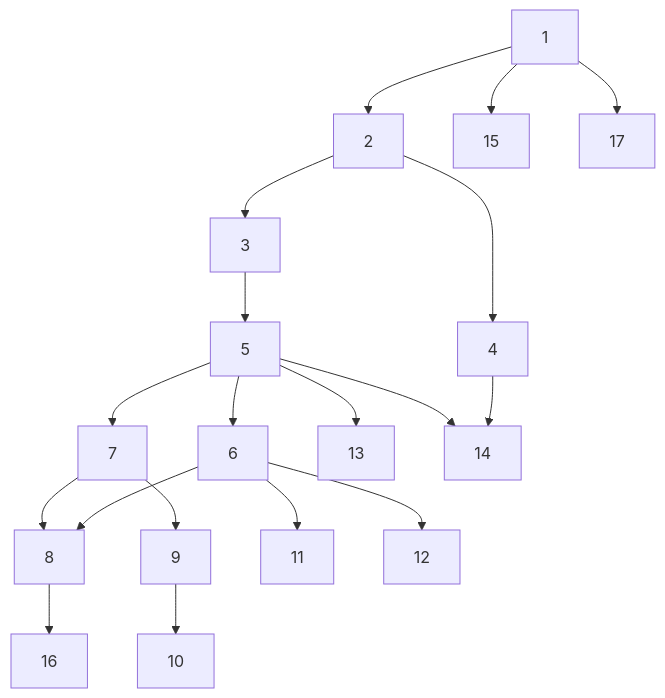
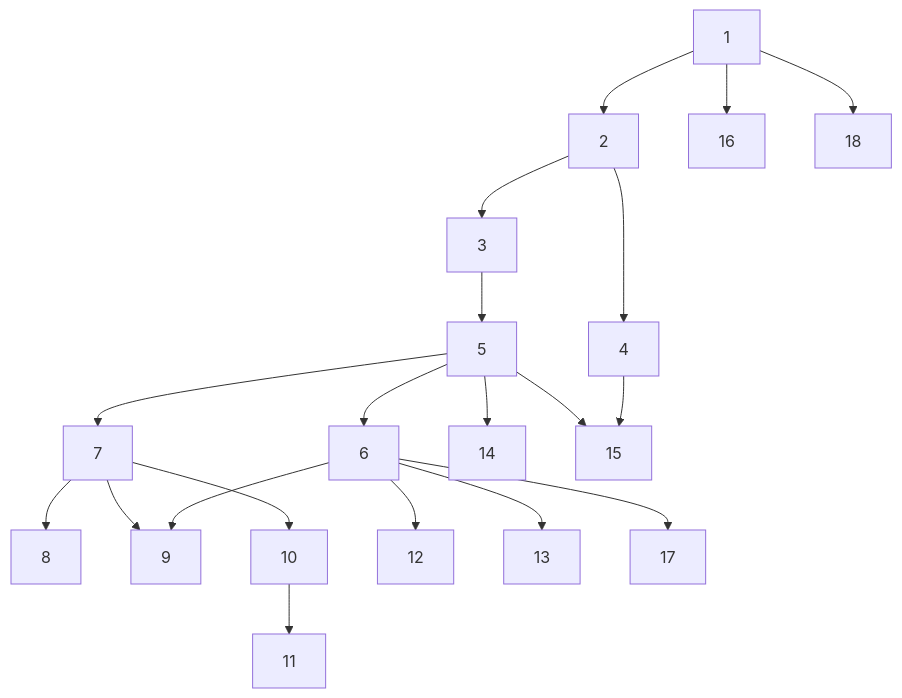
The diagram in README.md (Naviden/AI-and-Big-Data-Course), drawn with Mermaid before and after one commit. The commit also changed 7 other files, not shown here.

````diff
--- a/README.md
+++ b/README.md
@@ -29,23 +29,24 @@
 ```mermaid
 graph TD;
     1-->2;
-	1-->17;
-	1-->15;
+	1-->18;
+	1-->16;
 	2-->3;
 	2-->4;
 	3-->5;
-	4-->14;
+	4-->15;
 	5-->6;
 	5-->7;
-	5-->13;
 	5-->14;
-	6-->8;
+	5-->15;
+	6-->9;
+	7-->9;
 	7-->8;
-	7-->9;
-	9-->10;
-	6-->11;
+	7-->10;
+	10-->11;
 	6-->12;
-	8-->16;
+	6-->13;
+	6-->17;
 
     
 ```
````
